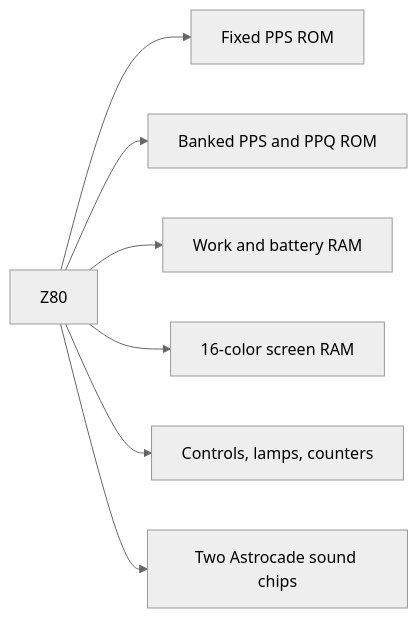
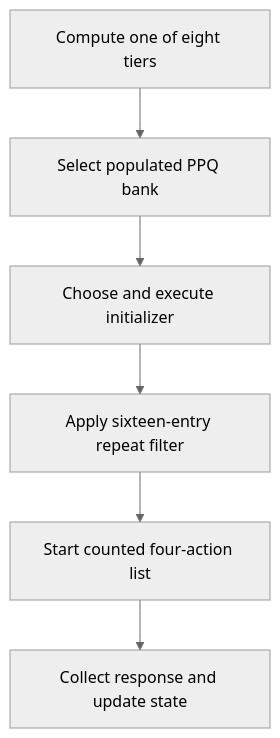
One commit to lizard43/profpac changed the second of 2 diagrams in README.md. Above: the diagram before and after it, drawn with Mermaid (neutral theme). The commit also changed other lines of this file, not shown here.

````diff
--- a/README.md
+++ b/README.md
@@ -108,9 +135,8 @@
 ```mermaid
-flowchart LR
-    CPU["Z80"] --> Fixed["Fixed PPS ROM"]
-    CPU --> Banks["Banked PPS and PPQ ROM"]
-    CPU --> RAM["Work and battery RAM"]
-    CPU --> Video["16-color screen RAM"]
-    CPU --> IO["Controls, lamps, counters"]
-    CPU --> Sound["Two Astrocade sound chips"]
+flowchart TD
+    Tier["Compute one of eight tiers"] --> Select["Select populated PPQ bank"]
+    Select --> Init["Choose and execute initializer"]
+    Init --> Filter["Apply sixteen-entry repeat filter"]
+    Filter --> Actions["Start counted four-action list"]
+    Actions --> Resolve["Collect response and update state"]
 ```
````
